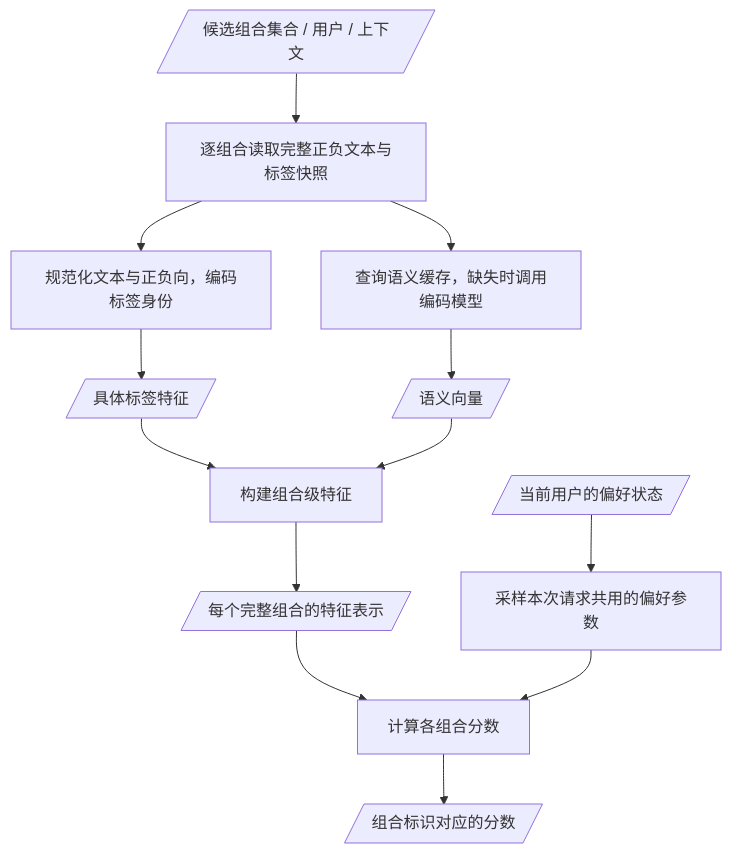
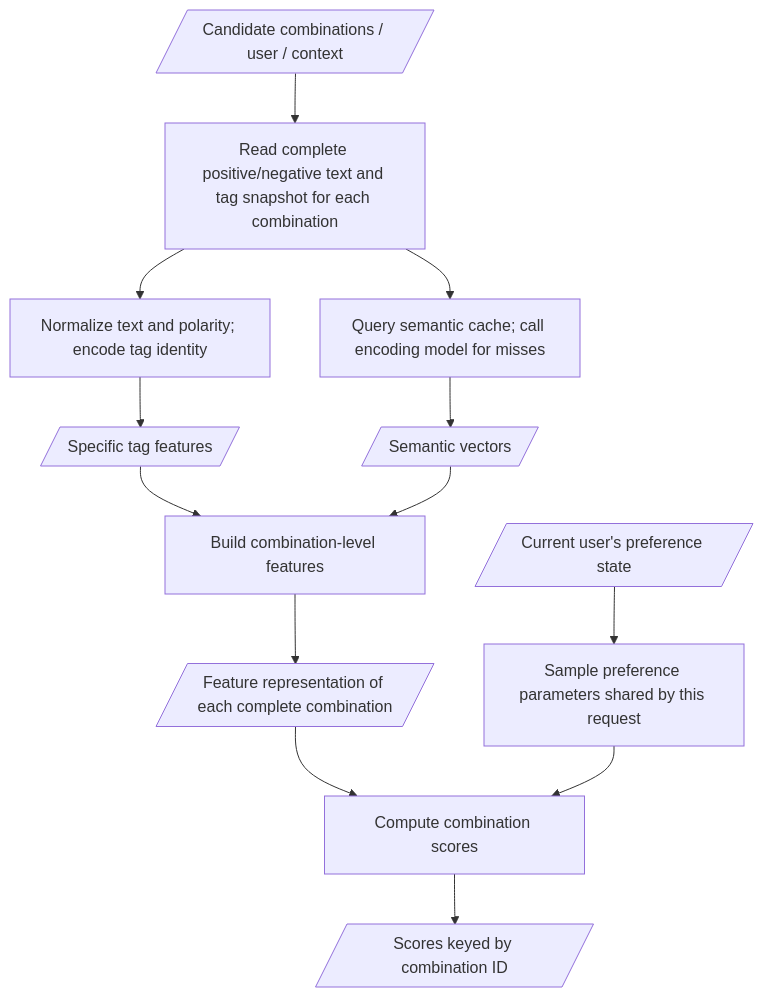
One commit to Lykr/pictide changed the second of 2 diagrams in docs/dev/architecture/recommendation.md. Above: the diagram before and after it, drawn with Mermaid. The commit also changed other lines of this file and 13 other files, not shown here.

Commit message:
docs: translate current architecture documentation into English

````diff
--- a/docs/dev/architecture/recommendation.md
+++ b/docs/dev/architecture/recommendation.md
@@ -41,15 +43,15 @@
 ```mermaid
 flowchart TD
-    Request[/"候选组合集合 / 用户 / 上下文"/] --> Prepare["逐组合读取完整正负文本与标签快照"]
-    Prepare --> Identity["规范化文本与正负向，编码标签身份"]
-    Identity --> Sparse[/"具体标签特征"/]
-    Prepare --> Semantic["查询语义缓存，缺失时调用编码模型"]
-    Semantic --> Vector[/"语义向量"/]
-    Sparse --> Combine["构建组合级特征"]
+    Request[/"Candidate combinations / user / context"/] --> Prepare["Read complete positive/negative text and tag snapshot for each combination"]
+    Prepare --> Identity["Normalize text and polarity; encode tag identity"]
+    Identity --> Sparse[/"Specific tag features"/]
+    Prepare --> Semantic["Query semantic cache; call encoding model for misses"]
+    Semantic --> Vector[/"Semantic vectors"/]
+    Sparse --> Combine["Build combination-level features"]
     Vector --> Combine
-    Combine --> FeatureVector[/"每个完整组合的特征表示"/]
-    UserState[/"当前用户的偏好状态"/] --> Sample["采样本次请求共用的偏好参数"]
-    FeatureVector --> Score["计算各组合分数"]
+    Combine --> FeatureVector[/"Feature representation of each complete combination"/]
+    UserState[/"Current user's preference state"/] --> Sample["Sample preference parameters shared by this request"]
+    FeatureVector --> Score["Compute combination scores"]
     Sample --> Score
-    Score --> Response[/"组合标识对应的分数"/]
+    Score --> Response[/"Scores keyed by combination ID"/]
 ```
````
